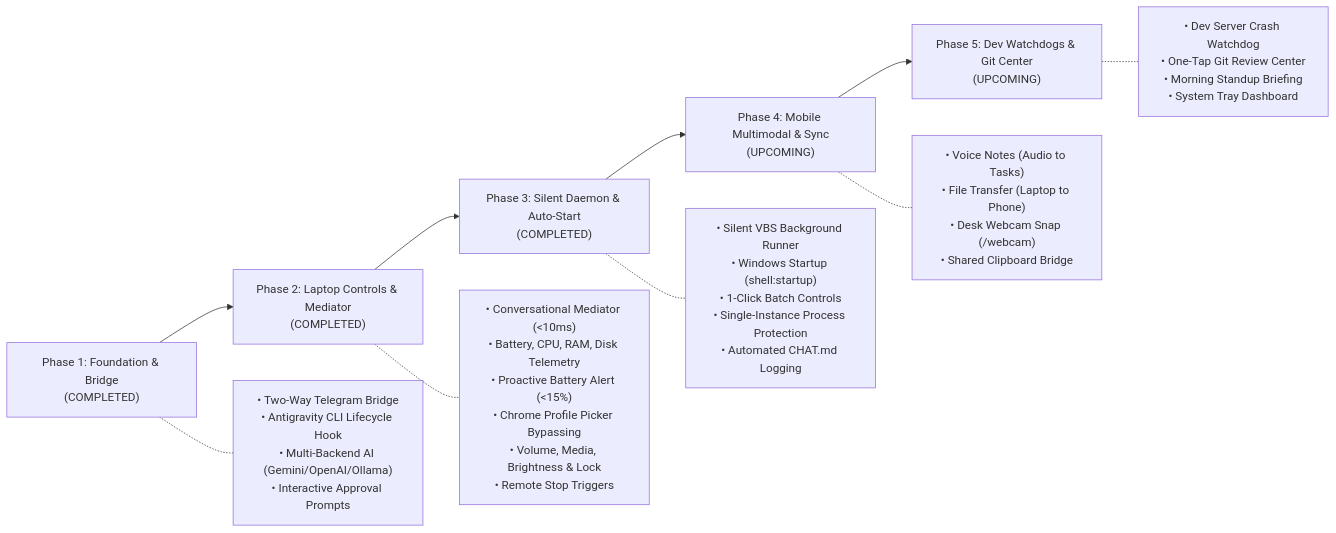
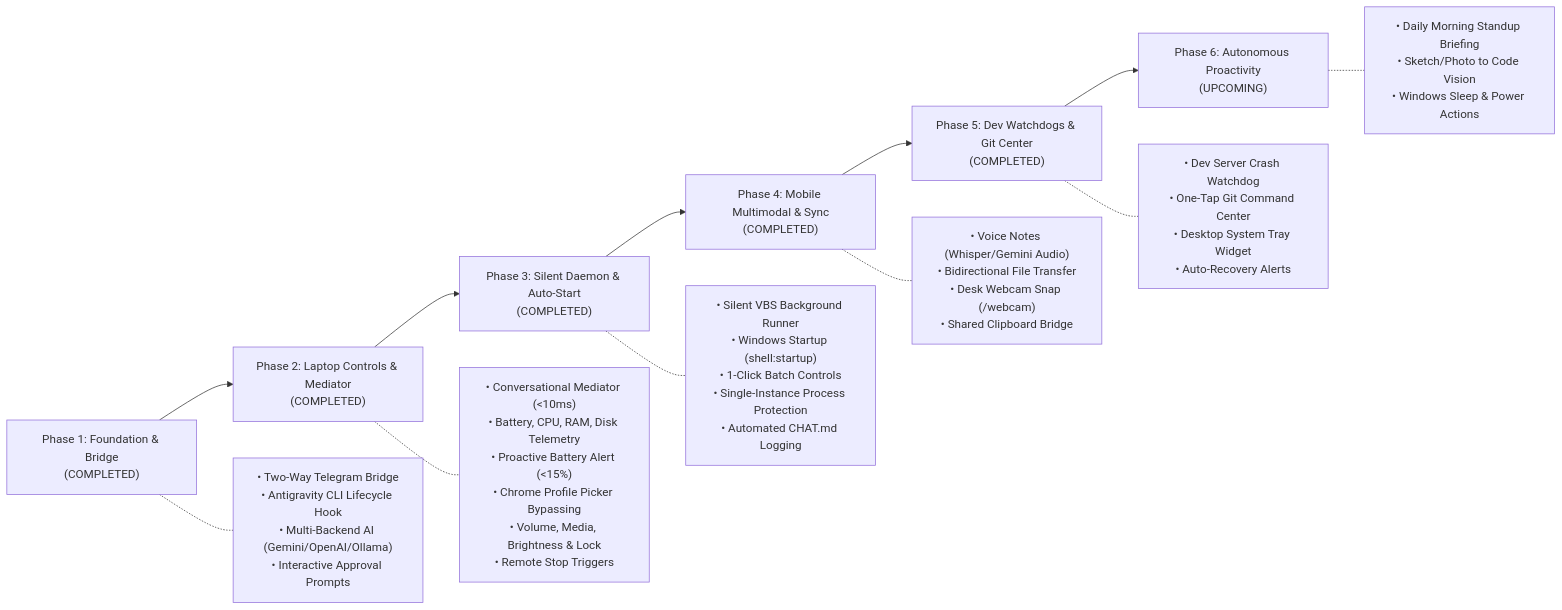
The diagram in FUTURE_SCOPE.md (riteshray830/telegram-mobile-companion), drawn with Mermaid before and after one commit. The commit also changed other lines of this file and 14 other files, not shown here.

Commit message:
feat: implement 7 roadmap features: voice notes, file transfer, webcam snap, clipboard sync, dev server watchdog, git command center, and system tray companion

````diff
--- a/FUTURE_SCOPE.md
+++ b/FUTURE_SCOPE.md
@@ -9,13 +9,15 @@
 ```mermaid
 flowchart LR
     A["Phase 1: Foundation & Bridge<br/>(COMPLETED)"] --> B["Phase 2: Laptop Controls & Mediator<br/>(COMPLETED)"]
     B --> C["Phase 3: Silent Daemon & Auto-Start<br/>(COMPLETED)"]
-    C --> D["Phase 4: Mobile Multimodal & Sync<br/>(UPCOMING)"]
-    D --> E["Phase 5: Dev Watchdogs & Git Center<br/>(UPCOMING)"]
+    C --> D["Phase 4: Mobile Multimodal & Sync<br/>(COMPLETED)"]
+    D --> E["Phase 5: Dev Watchdogs & Git Center<br/>(COMPLETED)"]
+    E --> F["Phase 6: Autonomous Proactivity<br/>(UPCOMING)"]
 
     A -.- A1["• Two-Way Telegram Bridge<br/>• Antigravity CLI Lifecycle Hook<br/>• Multi-Backend AI (Gemini/OpenAI/Ollama)<br/>• Interactive Approval Prompts"]
     B -.- B1["• Conversational Mediator (<10ms)<br/>• Battery, CPU, RAM, Disk Telemetry<br/>• Proactive Battery Alert (<15%)<br/>• Chrome Profile Picker Bypassing<br/>• Volume, Media, Brightness & Lock<br/>• Remote Stop Triggers"]
     C -.- C1["• Silent VBS Background Runner<br/>• Windows Startup (shell:startup)<br/>• 1-Click Batch Controls<br/>• Single-Instance Process Protection<br/>• Automated CHAT.md Logging"]
-    D -.- D1["• Voice Notes (Audio to Tasks)<br/>• File Transfer (Laptop to Phone)<br/>• Desk Webcam Snap (/webcam)<br/>• Shared Clipboard Bridge"]
-    E -.- E1["• Dev Server Crash Watchdog<br/>• One-Tap Git Review Center<br/>• Morning Standup Briefing<br/>• System Tray Dashboard"]
+    D -.- D1["• Voice Notes (Whisper/Gemini Audio)<br/>• Bidirectional File Transfer<br/>• Desk Webcam Snap (/webcam)<br/>• Shared Clipboard Bridge"]
+    E -.- E1["• Dev Server Crash Watchdog<br/>• One-Tap Git Command Center<br/>• Desktop System Tray Widget<br/>• Auto-Recovery Alerts"]
+    F -.- F1["• Daily Morning Standup Briefing<br/>• Sketch/Photo to Code Vision<br/>• Windows Sleep & Power Actions"]
 ```
````
